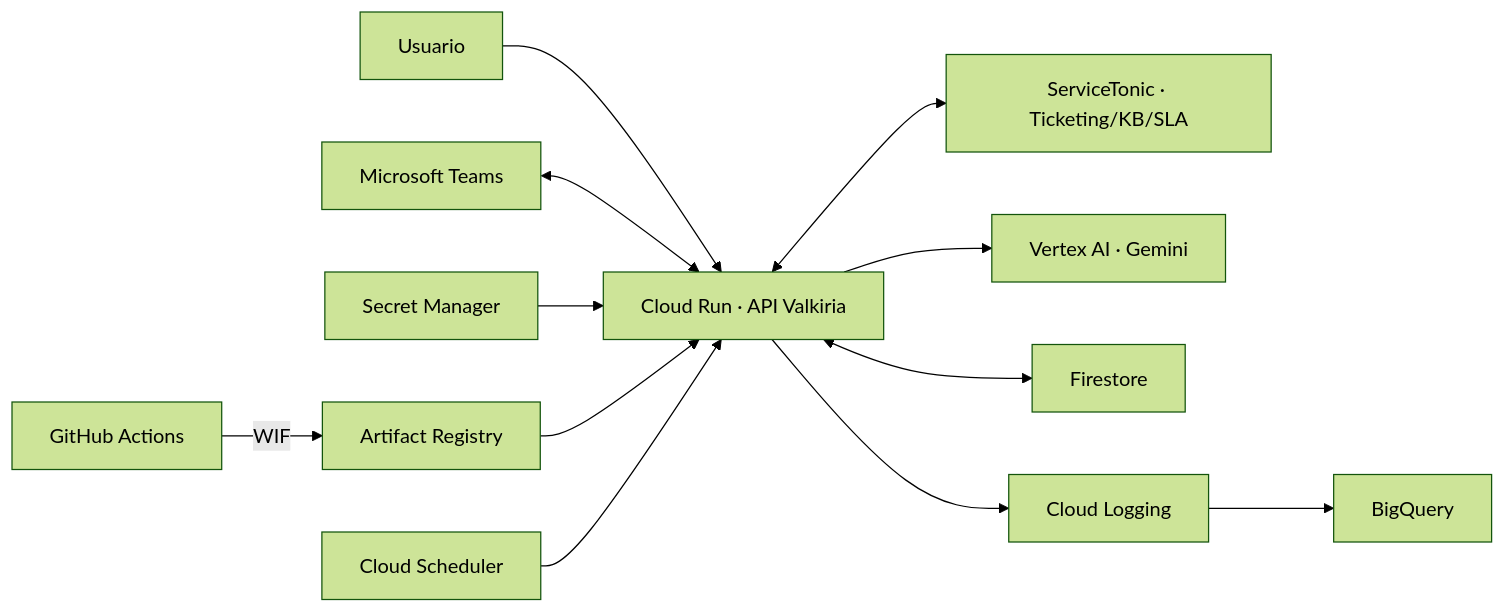
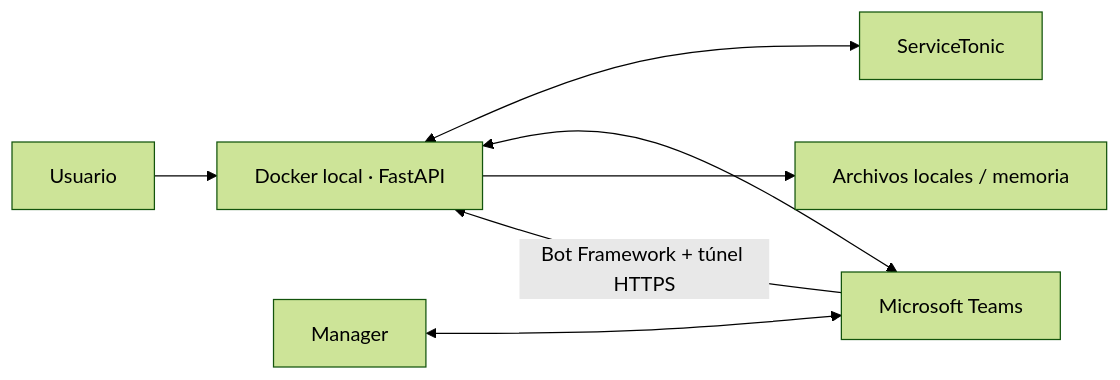
The diagram in docs/ARQUITECTURA.md (ABRAHAMCIMAT/valkiria_servitonic), drawn with Mermaid (forest theme) before and after one commit. The commit also changed other lines of this file and 31 other files, not shown here.

Commit message:
Implementar PoC local con ServiceTonic y Teams

````diff
--- a/docs/ARQUITECTURA.md
+++ b/docs/ARQUITECTURA.md
@@ -15,14 +15,9 @@
 ```mermaid
 flowchart LR
-    U[Usuario] --> CR[Cloud Run · API Valkiria]
-    T[Microsoft Teams] <--> CR
-    CR <--> ST[ServiceTonic · Ticketing/KB/SLA]
-    CR --> V[Vertex AI · Gemini]
-    CR <--> FS[Firestore]
-    CR --> CL[Cloud Logging]
-    CL --> BQ[BigQuery]
-    SM[Secret Manager] --> CR
-    GH[GitHub Actions] -->|WIF| AR[Artifact Registry]
-    AR --> CR
-    SCH[Cloud Scheduler] --> CR
+    U[Usuario] --> API[Docker local · FastAPI]
+    API <--> ST[ServiceTonic]
+    API <--> T[Microsoft Teams]
+    M[Manager] <--> T
+    T -->|Bot Framework + túnel HTTPS| API
+    API --> L[Archivos locales / memoria]
 ```
````
